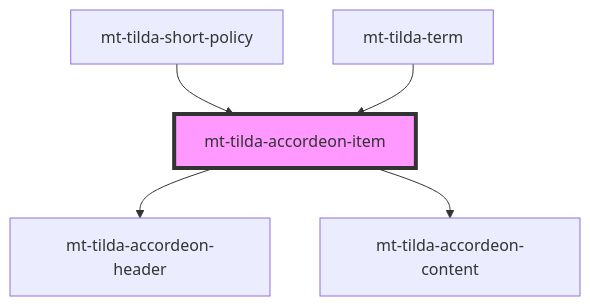
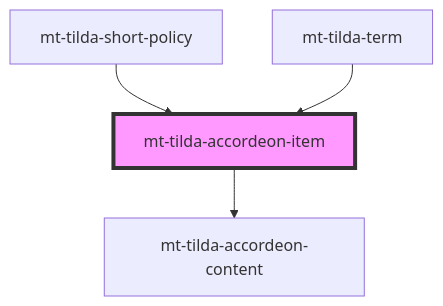
Before and after one commit to elpupi/stencil: the diagram in src/components/tilda/tilda-accordeon/tilda-accordeon-item/readme.md, drawn with Mermaid. The commit also changed other lines of this file and 21 other files, not shown here.

Commit message:
upgrade stencil from version 14 to 15 + fix accordeon + mt-blog + list-item

````diff
--- a/src/components/tilda/tilda-accordeon/tilda-accordeon-item/readme.md
+++ b/src/components/tilda/tilda-accordeon/tilda-accordeon-item/readme.md
@@ -29,8 +28,7 @@
 ```mermaid
 graph TD;
-  mt-tilda-accordeon-item --> mt-tilda-accordeon-header
   mt-tilda-accordeon-item --> mt-tilda-accordeon-content
   mt-tilda-short-policy --> mt-tilda-accordeon-item
   mt-tilda-term --> mt-tilda-accordeon-item
   style mt-tilda-accordeon-item fill:#f9f,stroke:#333,stroke-width:4px
 ```
````
